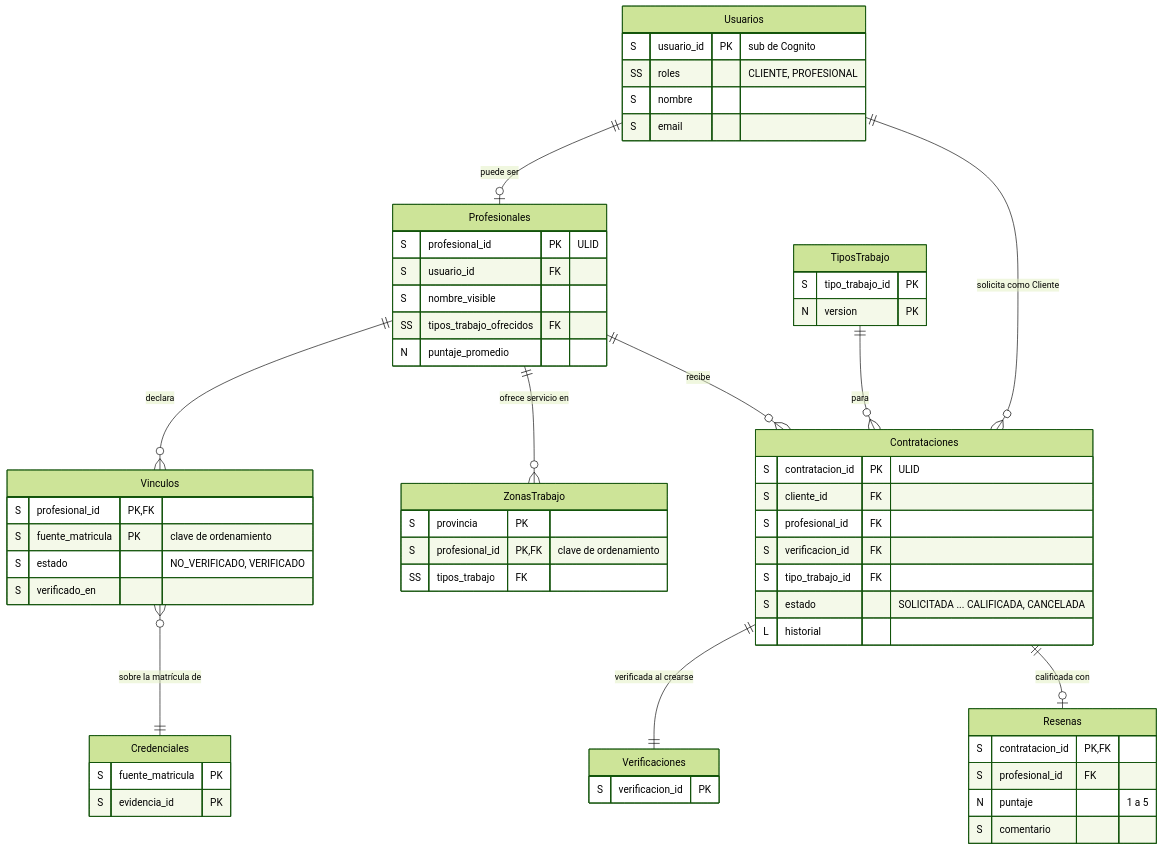
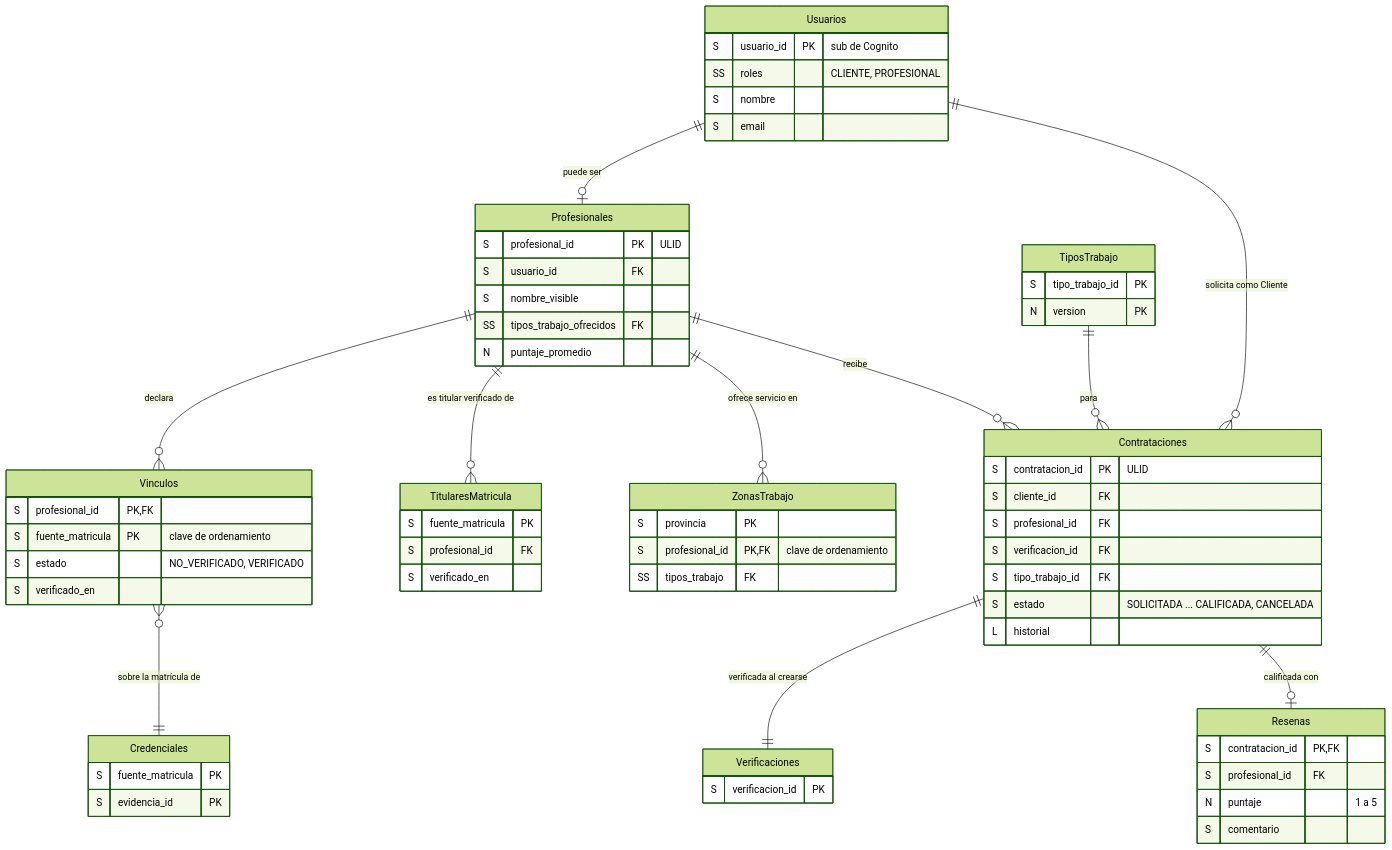
Before and after one commit to IvanDaniliuk01/MatriculAR: the second of 2 diagrams in database/README.md, drawn with Mermaid (forest theme). The commit also changed other lines of this file and 18 other files, not shown here.

````diff
--- a/database/README.md
+++ b/database/README.md
@@ -160,63 +161,69 @@
 ```mermaid
 erDiagram
     Usuarios {
         S usuario_id PK "sub de Cognito"
         SS roles "CLIENTE, PROFESIONAL"
         S nombre
         S email
     }
     Profesionales {
         S profesional_id PK "ULID"
         S usuario_id FK
         S nombre_visible
         SS tipos_trabajo_ofrecidos FK
         N puntaje_promedio
     }
     Vinculos {
         S profesional_id PK, FK
         S fuente_matricula PK "clave de ordenamiento"
         S estado "NO_VERIFICADO, VERIFICADO"
+        S verificado_en
+    }
+    TitularesMatricula {
+        S fuente_matricula PK
+        S profesional_id FK
         S verificado_en
     }
     ZonasTrabajo {
         S provincia PK
         S profesional_id PK, FK "clave de ordenamiento"
         SS tipos_trabajo FK
     }
     Contrataciones {
         S contratacion_id PK "ULID"
         S cliente_id FK
         S profesional_id FK
         S verificacion_id FK
         S tipo_trabajo_id FK
         S estado "SOLICITADA ... CALIFICADA, CANCELADA"
         L historial
     }
     Resenas {
         S contratacion_id PK, FK
         S profesional_id FK
         N puntaje "1 a 5"
         S comentario
     }
     Credenciales {
         S fuente_matricula PK
         S evidencia_id PK
     }
     Verificaciones {
         S verificacion_id PK
     }
     TiposTrabajo {
         S tipo_trabajo_id PK
         N version PK
     }
 
     Usuarios ||--o| Profesionales : "puede ser"
     Profesionales ||--o{ Vinculos : "declara"
+    Profesionales ||--o{ TitularesMatricula : "es titular verificado de"
     Vinculos }o--|| Credenciales : "sobre la matrícula de"
     Profesionales ||--o{ ZonasTrabajo : "ofrece servicio en"
     Usuarios ||--o{ Contrataciones : "solicita como Cliente"
     Profesionales ||--o{ Contrataciones : "recibe"
     Contrataciones ||--|| Verificaciones : "verificada al crearse"
     TiposTrabajo ||--o{ Contrataciones : "para"
     Contrataciones ||--o| Resenas : "calificada con"
 ```
````
